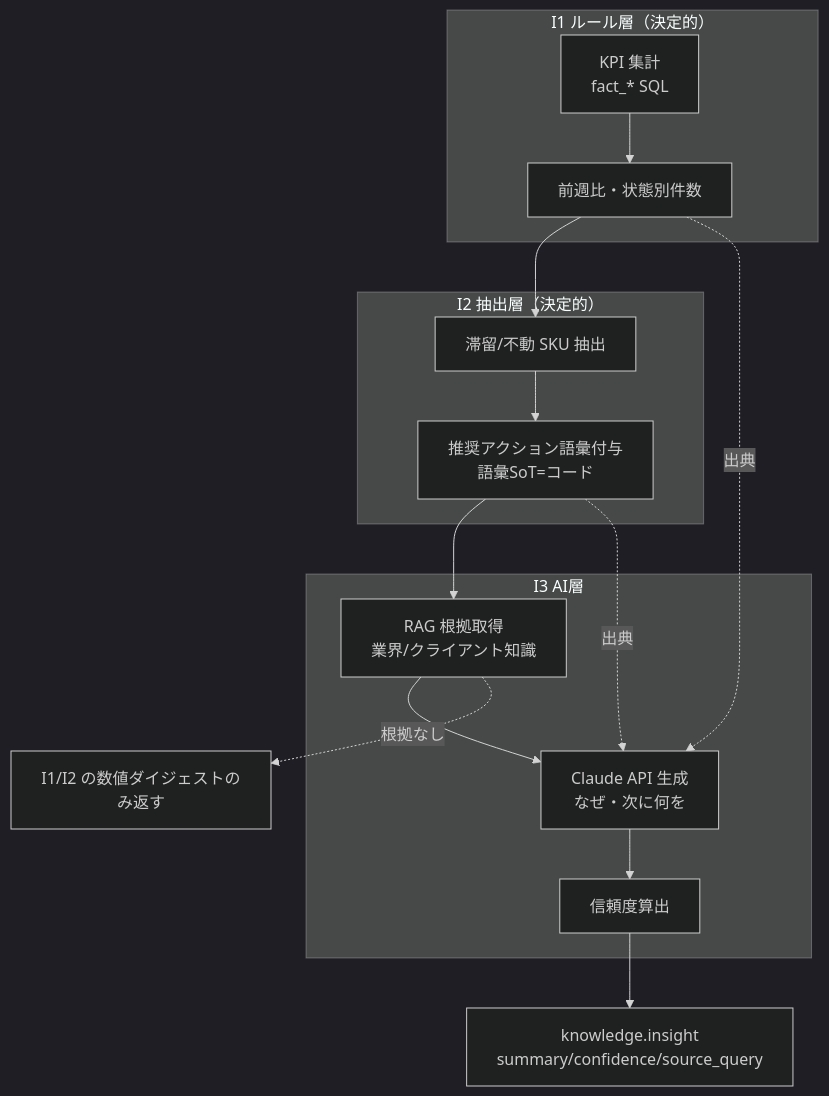
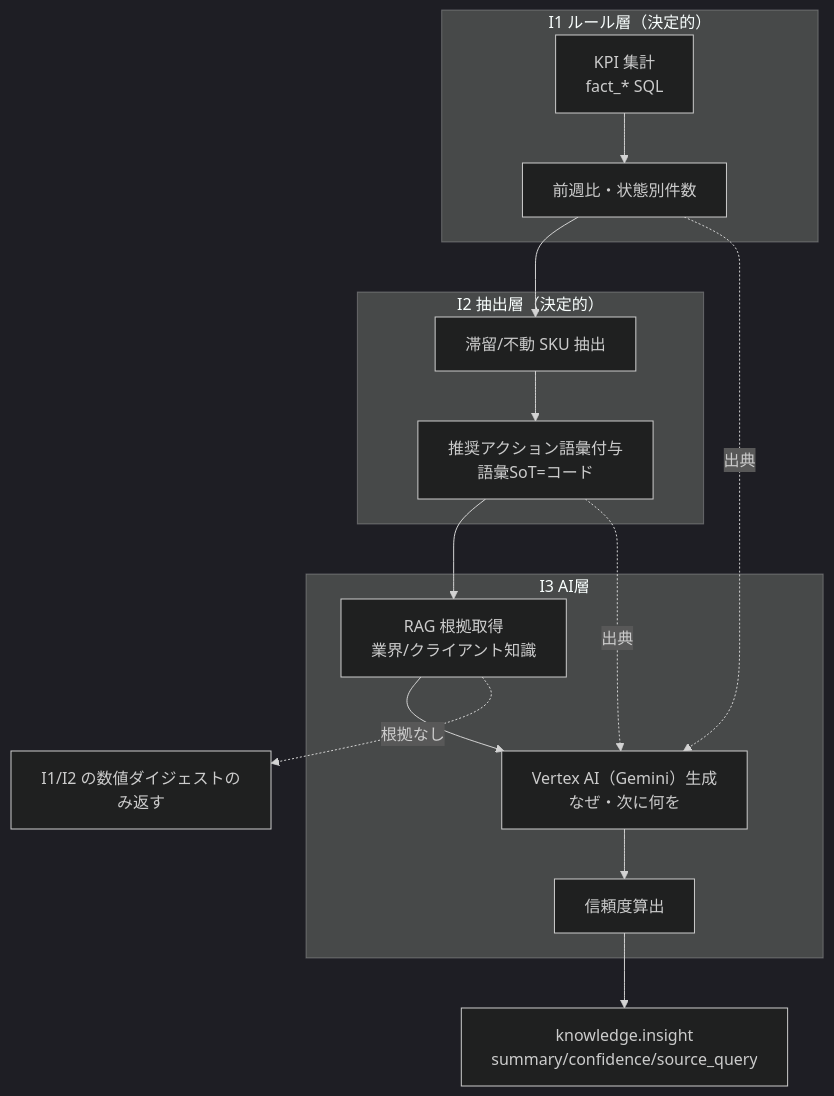
The fifth of 6 diagrams in docs/platform-design/detailed-design/DD-04-ai-rag-agent-design.md (TSUNAGUBA/undeux-sales-suite), drawn with Mermaid (dark theme) before and after one commit. The commit also changed other lines of this file and 28 other files, not shown here.

First line of the commit message:
feat: AI基盤を Anthropic Claude から Google Vertex AI (Gemini) へ移行

````diff
--- a/docs/platform-design/detailed-design/DD-04-ai-rag-agent-design.md
+++ b/docs/platform-design/detailed-design/DD-04-ai-rag-agent-design.md
@@ -275,22 +275,22 @@
 ```mermaid
 flowchart TD
     subgraph I1[I1 ルール層（決定的）]
         KPI[KPI 集計<br/>fact_* SQL]
         DIFF[前週比・状態別件数]
     end
     subgraph I2[I2 抽出層（決定的）]
         EXT[滞留/不動 SKU 抽出]
         ACT[推奨アクション語彙付与<br/>語彙SoT=コード]
     end
     subgraph I3[I3 AI層]
         RAGN[RAG 根拠取得<br/>業界/クライアント知識]
-        GEN[Claude API 生成<br/>なぜ・次に何を]
+        GEN[Vertex AI（Gemini）生成<br/>なぜ・次に何を]
         CONF[信頼度算出]
     end
     KPI --> DIFF --> EXT --> ACT
     ACT --> RAGN --> GEN --> CONF
     DIFF -.出典.-> GEN
     ACT -.出典.-> GEN
     CONF --> INS[knowledge.insight<br/>summary/confidence/source_query]
     RAGN -. 根拠なし .-> RULEONLY[I1/I2 の数値ダイジェストのみ返す]
 ```
````
